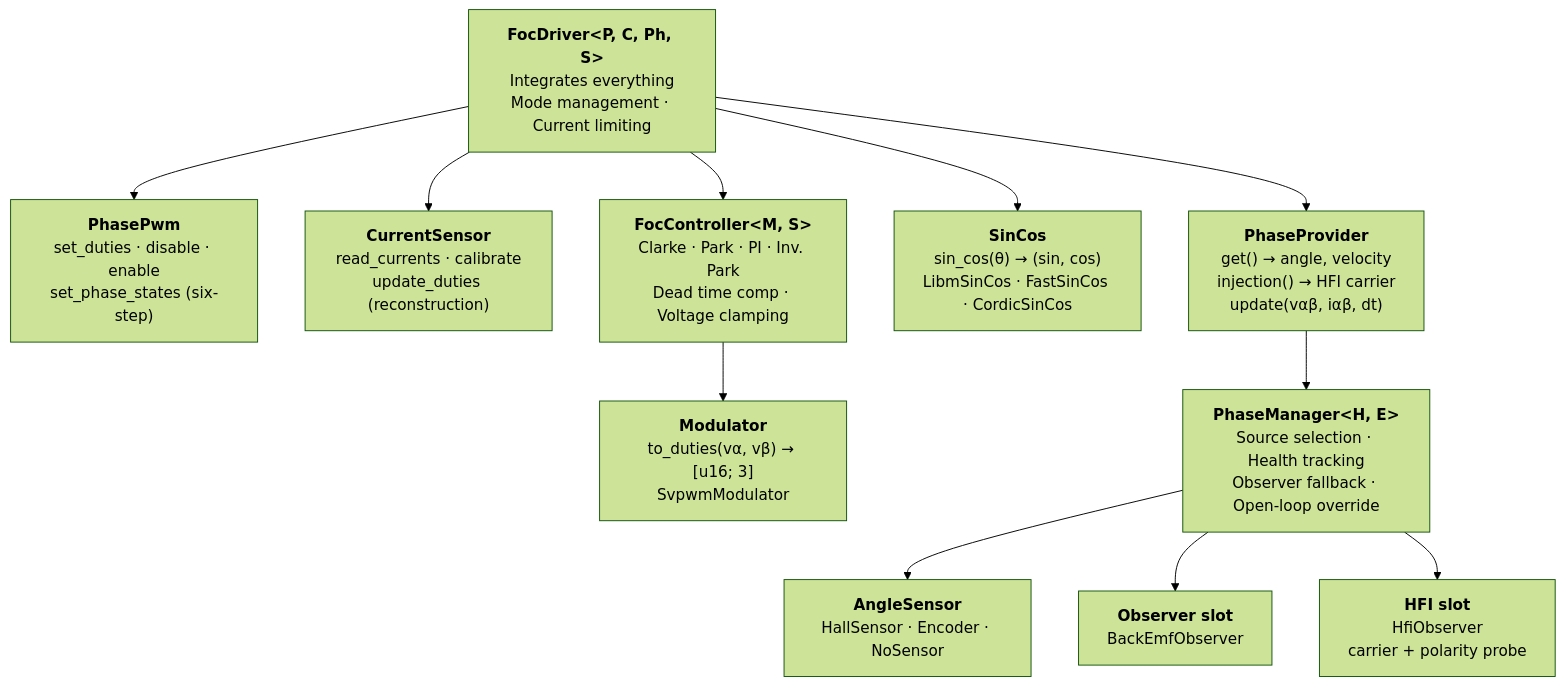
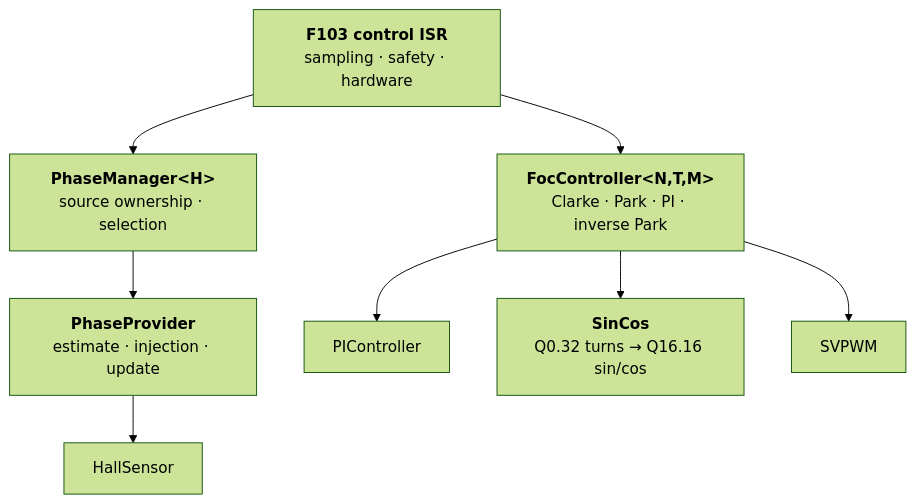
One commit to reverse-bike/micro-oxifoc changed the first of 2 diagrams in README.md. Above: the diagram before and after it, drawn with Mermaid (forest theme). The commit also changed other lines of this file and 26 other files, not shown here.

````diff
--- a/README.md
+++ b/README.md
@@ -43,17 +40,10 @@
 ```mermaid
 graph TD
-    FocDriver["<b>FocDriver&lt;P, C, Ph, S&gt;</b><br/>Integrates everything<br/>Mode management · Current limiting"]
-
-    FocDriver --> PhasePwm["<b>PhasePwm</b><br/>set_duties · disable · enable<br/>set_phase_states (six-step)"]
-    FocDriver --> CurrentSensor["<b>CurrentSensor</b><br/>read_currents · calibrate<br/>update_duties (reconstruction)"]
-    FocDriver --> PhaseProvider["<b>PhaseProvider</b><br/>get() → angle, velocity<br/>injection() → HFI carrier<br/>update(vαβ, iαβ, dt)"]
-    FocDriver --> SinCos["<b>SinCos</b><br/>sin_cos(θ) → (sin, cos)<br/>LibmSinCos · FastSinCos · CordicSinCos"]
-
-    FocDriver --> FocController["<b>FocController&lt;M, S&gt;</b><br/>Clarke · Park · PI · Inv. Park<br/>Dead time comp · Voltage clamping"]
-    FocController --> Modulator["<b>Modulator</b><br/>to_duties(vα, vβ) → [u16; 3]<br/>SvpwmModulator"]
-
-    PhaseProvider --> PhaseManager["<b>PhaseManager&lt;H, E&gt;</b><br/>Source selection · Health tracking<br/>Observer fallback · Open-loop override"]
-    PhaseManager --> AngleSensor["<b>AngleSensor</b><br/>HallSensor · Encoder · NoSensor"]
-    PhaseManager --> Observer["<b>Observer slot</b><br/>BackEmfObserver"]
-    PhaseManager --> Hfi["<b>HFI slot</b><br/>HfiObserver<br/>carrier + polarity probe"]
+    ISR["<b>F103 control ISR</b><br/>sampling · safety · hardware"] --> PhaseManager
+    ISR --> FocController
+    PhaseManager["<b>PhaseManager&lt;H&gt;</b><br/>source ownership · selection"] --> PhaseProvider
+    PhaseProvider["<b>PhaseProvider</b><br/>estimate · injection · update"] --> HallSensor
+    FocController["<b>FocController&lt;N,T,M&gt;</b><br/>Clarke · Park · PI · inverse Park"] --> PIController
+    FocController --> SinCos["<b>SinCos</b><br/>Q0.32 turns → Q16.16 sin/cos"]
+    FocController --> SVPWM
 ```
````
